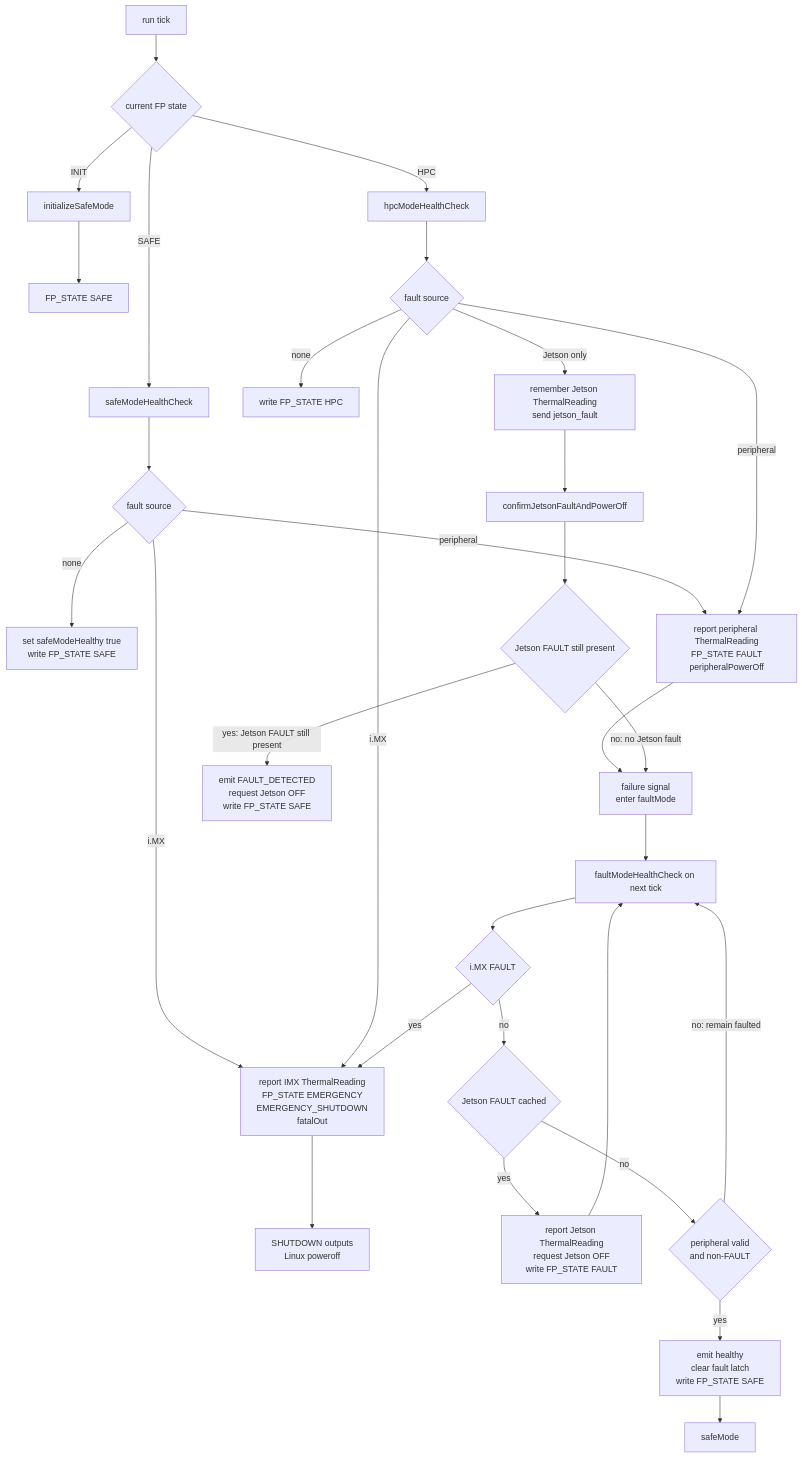
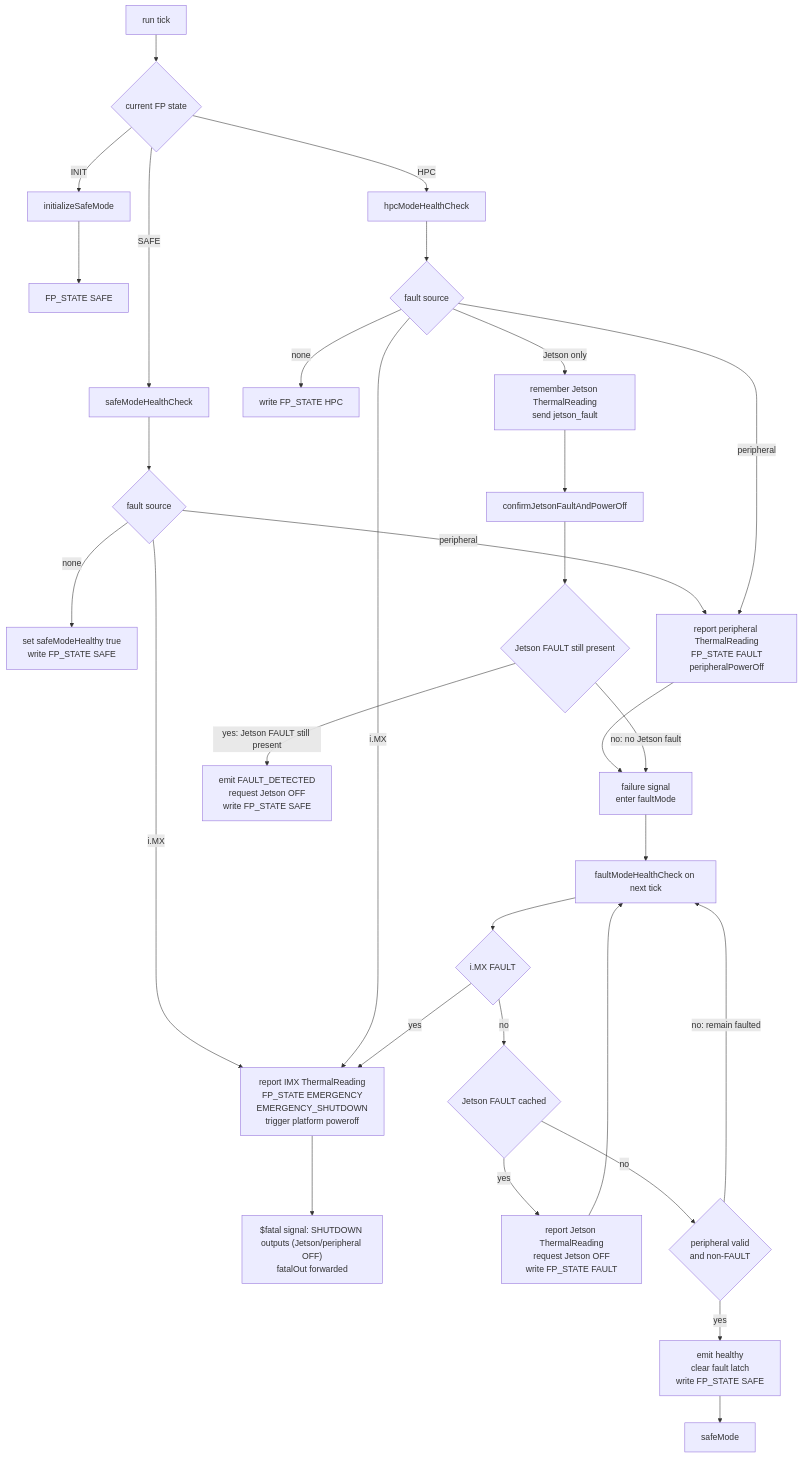
One commit to BroncoSpace-Lab/fprime-scales changed the third of 7 diagrams in scales/scalesSvc/FPManager/docs/sdd.md. Above: the diagram before and after it, drawn with Mermaid. The commit also changed other lines of this file and 23 other files, not shown here.

````diff
--- a/scales/scalesSvc/FPManager/docs/sdd.md
+++ b/scales/scalesSvc/FPManager/docs/sdd.md
@@ -198,39 +281,39 @@
 ```mermaid
 flowchart TD
     Tick["run tick"] --> State{"current FP state"}
 
     State -->|"INIT"| Init["initializeSafeMode"]
     Init --> Safe["FP_STATE SAFE"]
 
     State -->|"SAFE"| SafeCheck["safeModeHealthCheck"]
     SafeCheck --> SafeFault{"fault source"}
     SafeFault -->|"none"| SafeHealthy["set safeModeHealthy true<br>write FP_STATE SAFE"]
-    SafeFault -->|"i.MX"| ImxEmergency["report IMX ThermalReading<br>FP_STATE EMERGENCY<br>EMERGENCY_SHUTDOWN<br>fatalOut"]
+    SafeFault -->|"i.MX"| ImxEmergency["report IMX ThermalReading<br>FP_STATE EMERGENCY<br>EMERGENCY_SHUTDOWN<br>trigger platform poweroff"]
     SafeFault -->|"peripheral"| PerifFault["report peripheral ThermalReading<br>FP_STATE FAULT<br>peripheralPowerOff"]
 
     State -->|"HPC"| HpcCheck["hpcModeHealthCheck"]
     HpcCheck --> HpcFault{"fault source"}
     HpcFault -->|"none"| HpcHealthy["write FP_STATE HPC"]
     HpcFault -->|"Jetson only"| JetsonFault["remember Jetson ThermalReading<br>send jetson_fault"]
     HpcFault -->|"i.MX"| ImxEmergency
     HpcFault -->|"peripheral"| PerifFault
 
-    ImxEmergency --> Emergency["SHUTDOWN outputs<br>Linux poweroff"]
+    ImxEmergency --> Emergency["$fatal signal: SHUTDOWN outputs (Jetson/peripheral OFF)<br>fatalOut forwarded"]
     PerifFault --> FaultReport["failure signal<br>enter faultMode"]
 
     FaultReport --> FaultCheck["faultModeHealthCheck on next tick"]
     FaultCheck --> ImxFaultCheck{"i.MX FAULT"}
     ImxFaultCheck -->|"yes"| ImxEmergency
     ImxFaultCheck -->|"no"| JetsonFaultCheck{"Jetson FAULT cached"}
     JetsonFaultCheck -->|"yes"| JetsonFaulted["report Jetson ThermalReading<br>request Jetson OFF<br>write FP_STATE FAULT"]
     JetsonFaulted --> FaultCheck
     JetsonFaultCheck -->|"no"| PeripheralClear{"peripheral valid<br>and non-FAULT"}
     PeripheralClear -->|"no: remain faulted"| FaultCheck
     PeripheralClear -->|"yes"| SafeRecovery["emit healthy<br>clear fault latch<br>write FP_STATE SAFE"]
     SafeRecovery --> SafeMode["safeMode"]
 
     JetsonFault --> Recovery["confirmJetsonFaultAndPowerOff"]
     Recovery --> RecoveryOk{"Jetson FAULT still present"}
     RecoveryOk -->|"yes: Jetson FAULT still present"| RecoverSafe["emit FAULT_DETECTED<br>request Jetson OFF<br>write FP_STATE SAFE"]
     RecoveryOk -->|"no: no Jetson fault"| FaultReport
 ```
````
